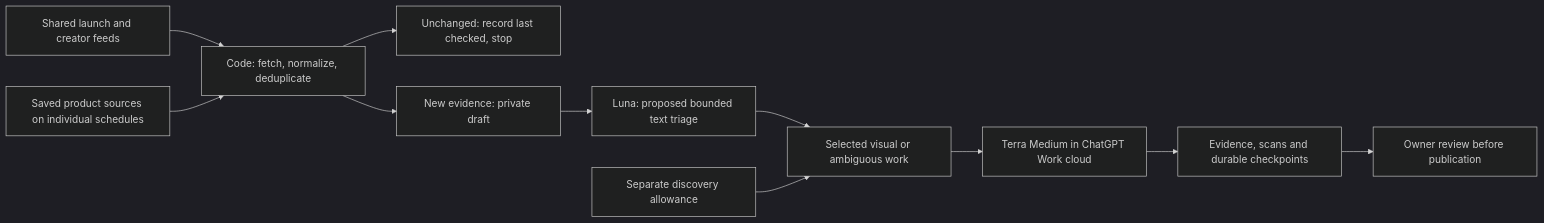
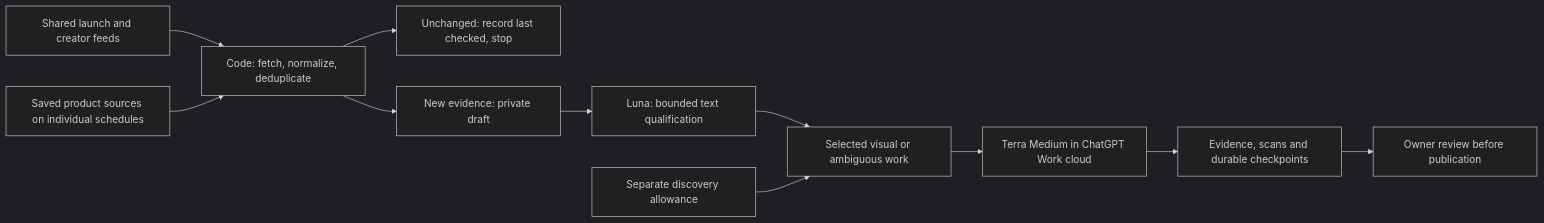
One commit to finlay0/Arcex changed the diagram in docs/collection-at-scale.md. Above: the diagram before and after it, drawn with Mermaid (dark theme). The commit also changed other lines of this file and 6 other files, not shown here.

````diff
--- a/docs/collection-at-scale.md
+++ b/docs/collection-at-scale.md
@@ -7,13 +7,13 @@
 ```mermaid
 flowchart LR
   A[Shared launch and creator feeds] --> B[Code: fetch, normalize, deduplicate]
   C[Saved product sources on individual schedules] --> B
   B --> D[Unchanged: record last checked, stop]
   B --> E[New evidence: private draft]
-  E --> F[Luna: proposed bounded text triage]
+  E --> F[Luna: bounded text qualification]
   F --> G[Selected visual or ambiguous work]
   H[Separate discovery allowance] --> G
   G --> I[Terra Medium in ChatGPT Work cloud]
   I --> J[Evidence, scans and durable checkpoints]
   J --> K[Owner review before publication]
 ```
````
